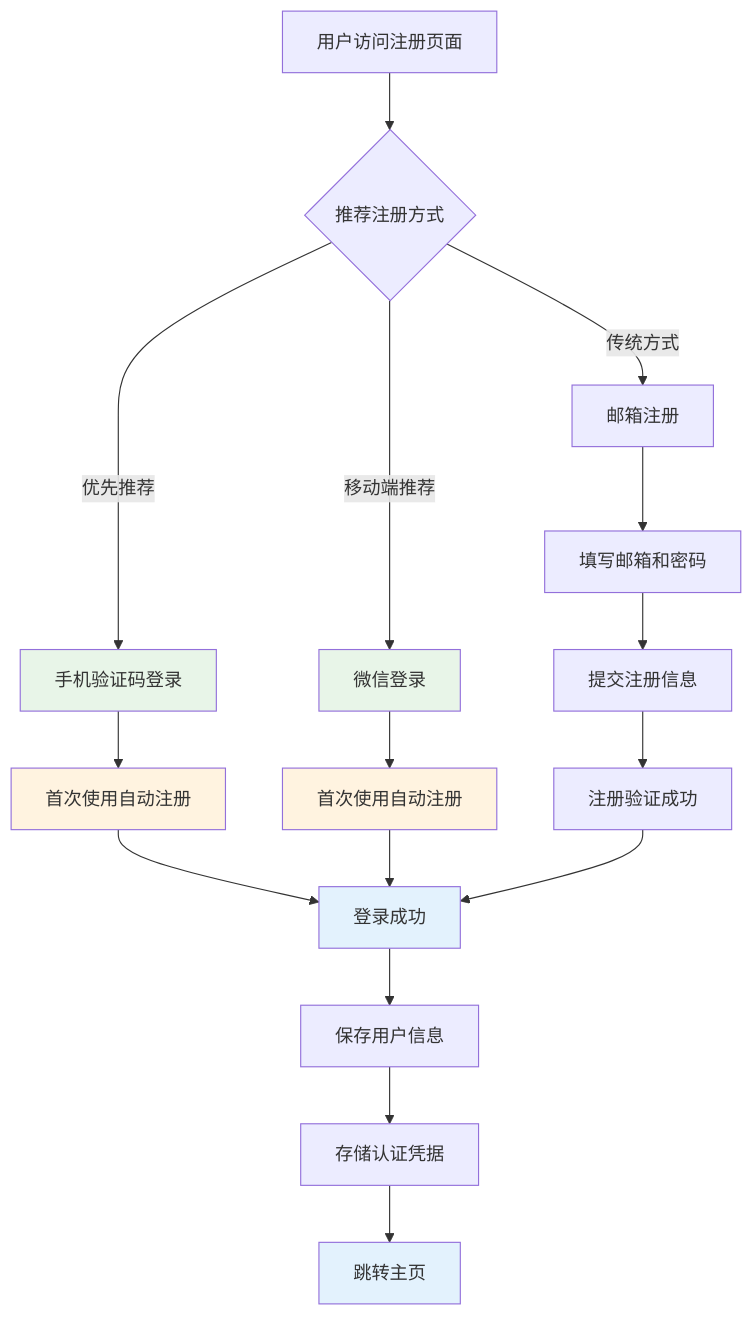
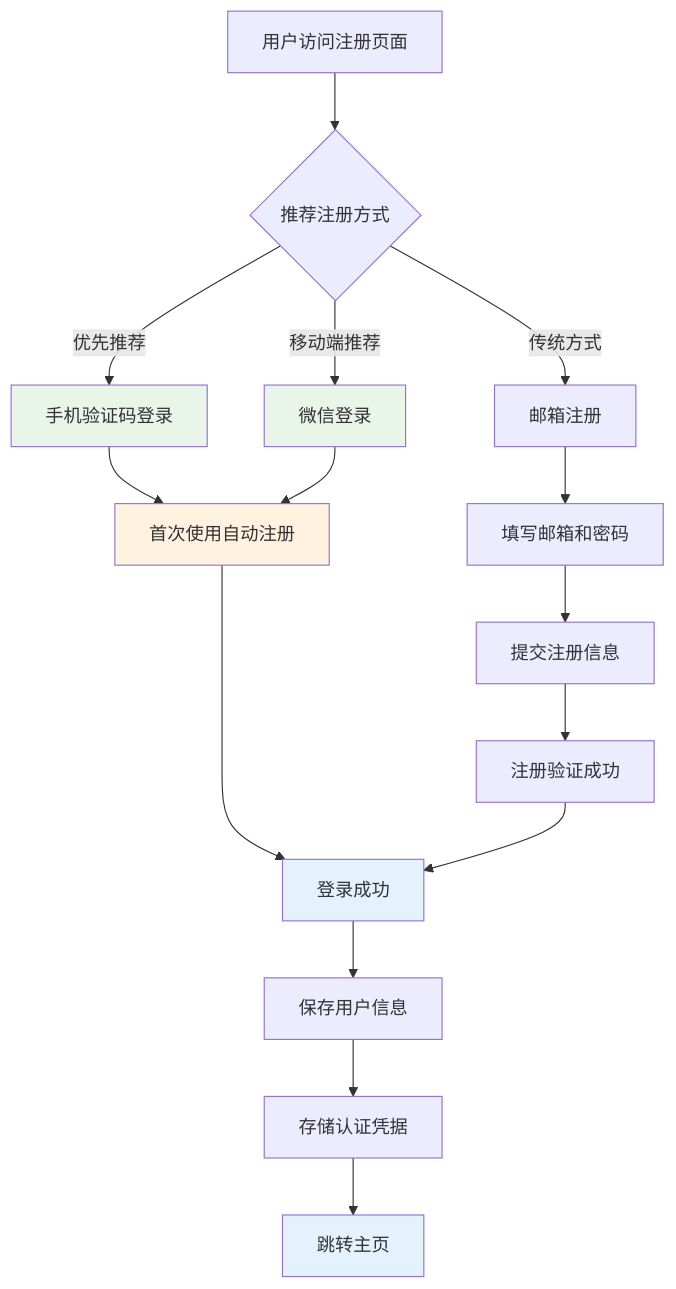
The first of 4 diagrams in docs/features/authentication/registration/README.md (weihongyu12/web), drawn with Mermaid before and after one commit. The commit also changed other lines of this file and 13 other files, not shown here.

````diff
--- a/docs/features/authentication/registration/README.md
+++ b/docs/features/authentication/registration/README.md
@@ -48,24 +46,22 @@
 ```mermaid
 flowchart TD
     A[用户访问注册页面] --> B{推荐注册方式}
     B -->|优先推荐| C[手机验证码登录]
     B -->|移动端推荐| D[微信登录]
     B -->|传统方式| E[邮箱注册]
     C --> F[首次使用自动注册]
-    D --> G[首次使用自动注册]
+    D --> F
     E --> H[填写邮箱和密码]
     F --> I[登录成功]
-    G --> I
     H --> J[提交注册信息]
     J --> K[注册验证成功]
     K --> I
     I --> L[保存用户信息]
     L --> M[存储认证凭据]
     M --> N[跳转主页]
     style C fill:#e8f5e8
     style D fill:#e8f5e8
     style F fill:#fff3e0
-    style G fill:#fff3e0
     style I fill:#e3f2fd
     style N fill:#e3f2fd
 ```
````
